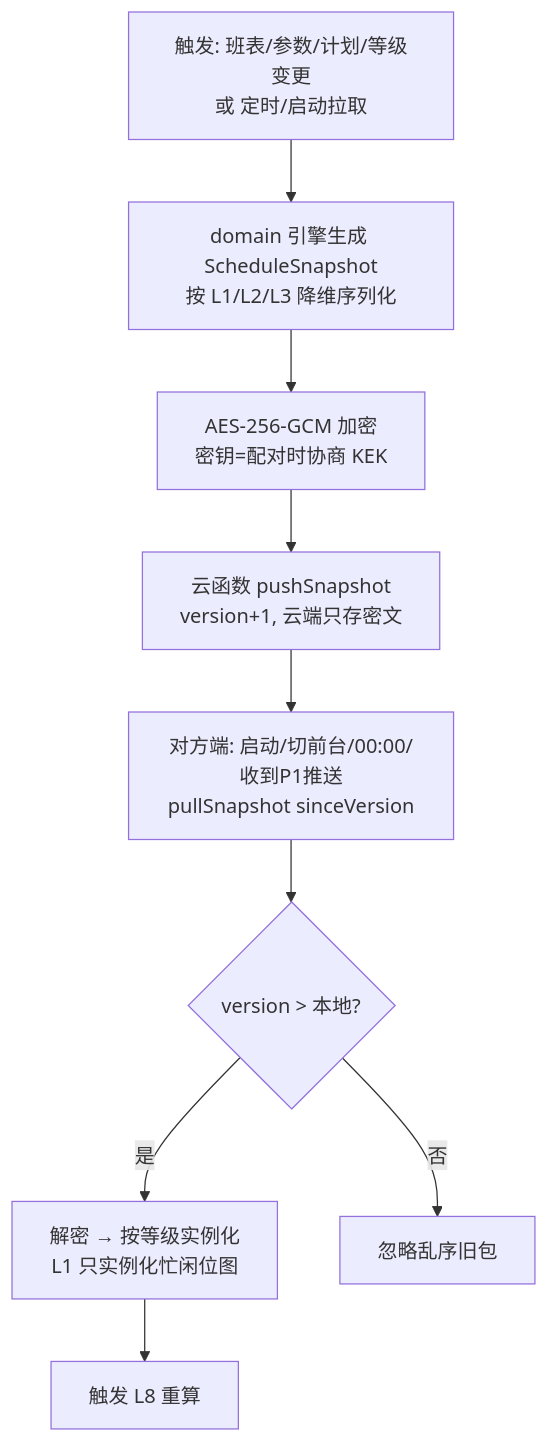
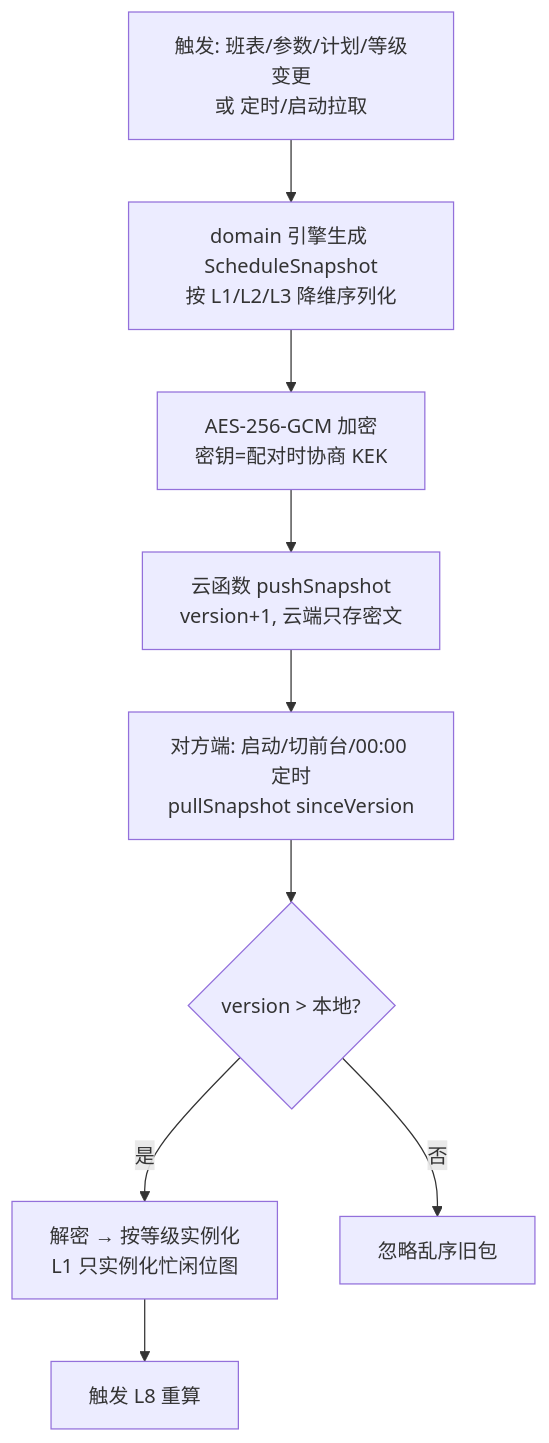
One commit to Shen-Yuuu/CommonRestday changed the eighth of 14 diagrams in docs/03-功能链路设计.md. Above: the diagram before and after it, drawn with Mermaid. The commit also changed other lines of this file and 9 other files, not shown here.

````diff
--- a/docs/03-功能链路设计.md
+++ b/docs/03-功能链路设计.md
@@ -149,11 +154,11 @@
 ```mermaid
 flowchart TD
     A[触发: 班表/参数/计划/等级变更\n或 定时/启动拉取] --> B[domain 引擎生成 ScheduleSnapshot\n按 L1/L2/L3 降维序列化]
     B --> C[AES-256-GCM 加密\n密钥=配对时协商 KEK]
     C --> D[云函数 pushSnapshot\nversion+1, 云端只存密文]
-    D --> E[对方端: 启动/切前台/00:00/收到P1推送\npullSnapshot sinceVersion]
+    D --> E[对方端: 启动/切前台/00:00 定时\npullSnapshot sinceVersion]
     E --> F{version > 本地?}
     F -- 是 --> G[解密 → 按等级实例化\nL1 只实例化忙闲位图]
     G --> H[触发 L8 重算]
     F -- 否 --> I[忽略乱序旧包]
 ```
````
